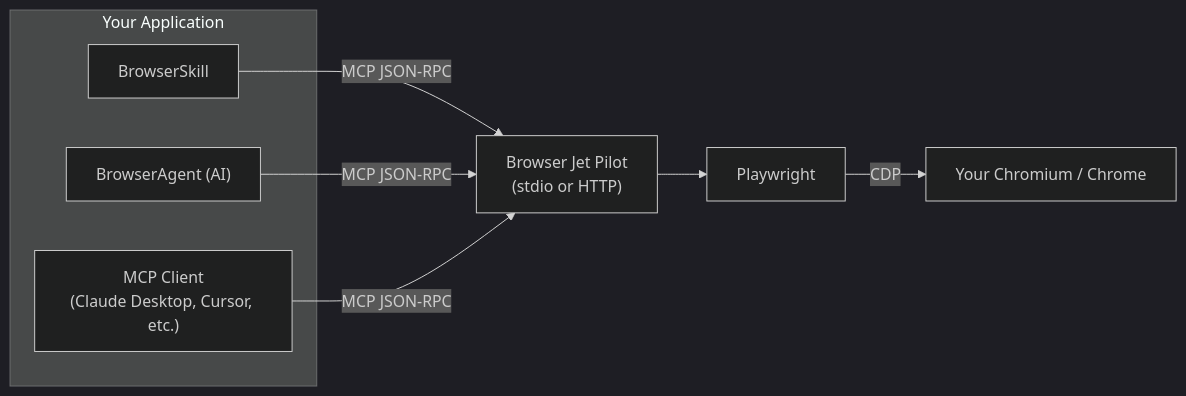
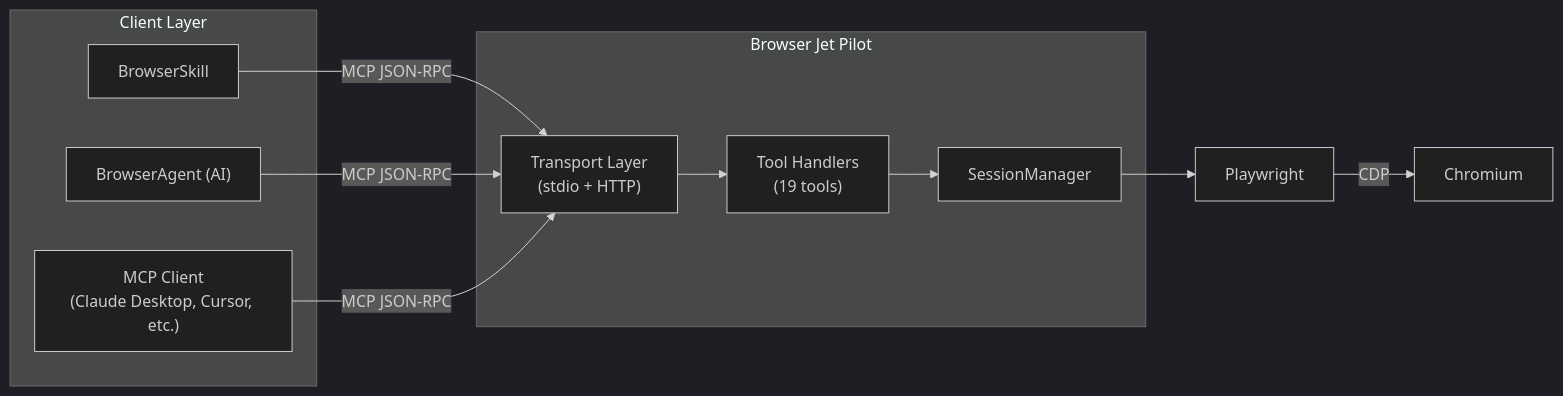
The first of 5 diagrams in docs/reference/architecture.mdx (0xABADBABE-ops/browser-jet-pilot), drawn with Mermaid (dark theme) before and after one commit. The commit also changed other lines of this file and 3 other files, not shown here.

````diff
--- a/docs/reference/architecture.mdx
+++ b/docs/reference/architecture.mdx
@@ -9,15 +11,23 @@
 ```mermaid
 flowchart LR
-  subgraph App["Your Application"]
+  subgraph Clients["Client Layer"]
     BS["BrowserSkill"]
     BA["BrowserAgent (AI)"]
     MC["MCP Client<br/>(Claude Desktop, Cursor, etc.)"]
   end
 
-  BS -->|MCP JSON-RPC| MB["Browser Jet Pilot<br/>(stdio or HTTP)"]
-  BA -->|MCP JSON-RPC| MB
-  MC -->|MCP JSON-RPC| MB
+  subgraph BJP["Browser Jet Pilot"]
+    TR["Transport Layer<br/>(stdio + HTTP)"]
+    TH["Tool Handlers<br/>(19 tools)"]
+    SM["SessionManager"]
+  end
 
-  MB --> PW["Playwright"]
-  PW -->|CDP| CH["Your Chromium / Chrome"]
+  BS -->|"MCP JSON-RPC"| TR
+  BA -->|"MCP JSON-RPC"| TR
+  MC -->|"MCP JSON-RPC"| TR
+
+  TR --> TH
+  TH --> SM
+  SM --> PW["Playwright"]
+  PW -->|"CDP"| CR["Chromium"]
 ```
````
